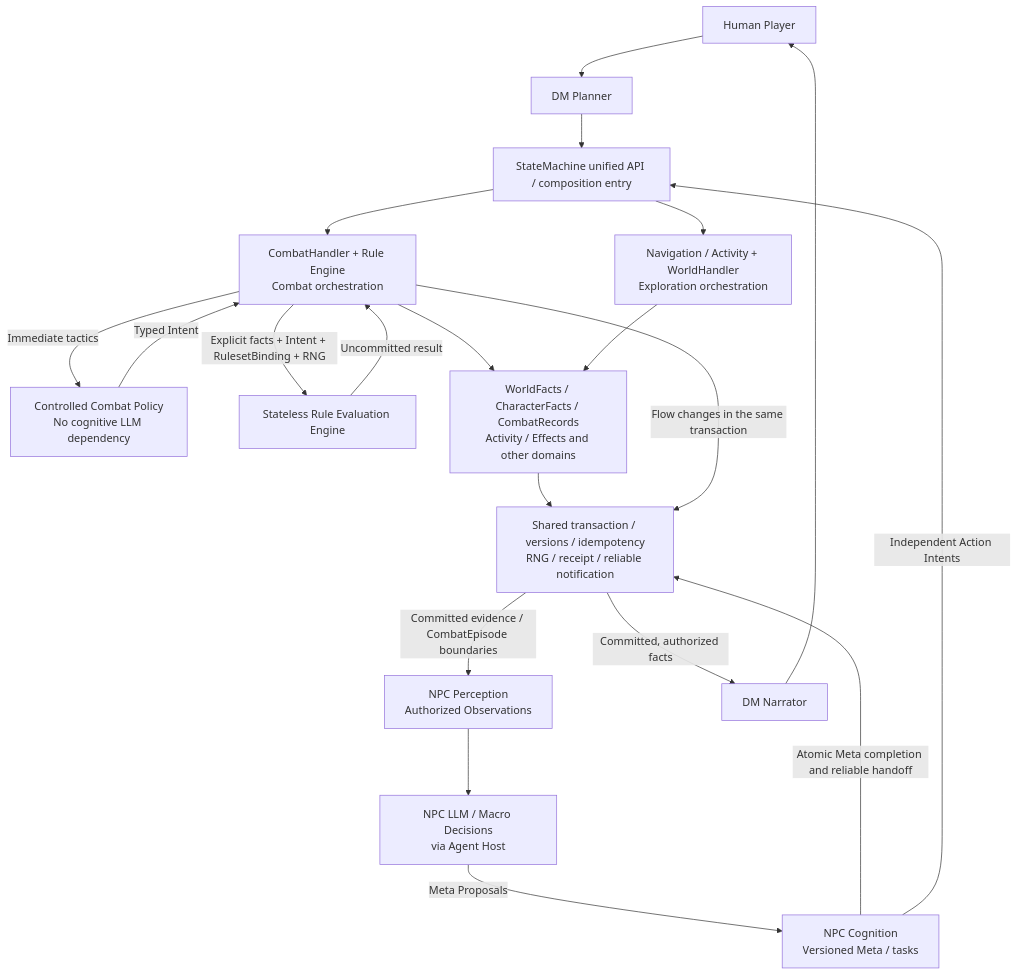
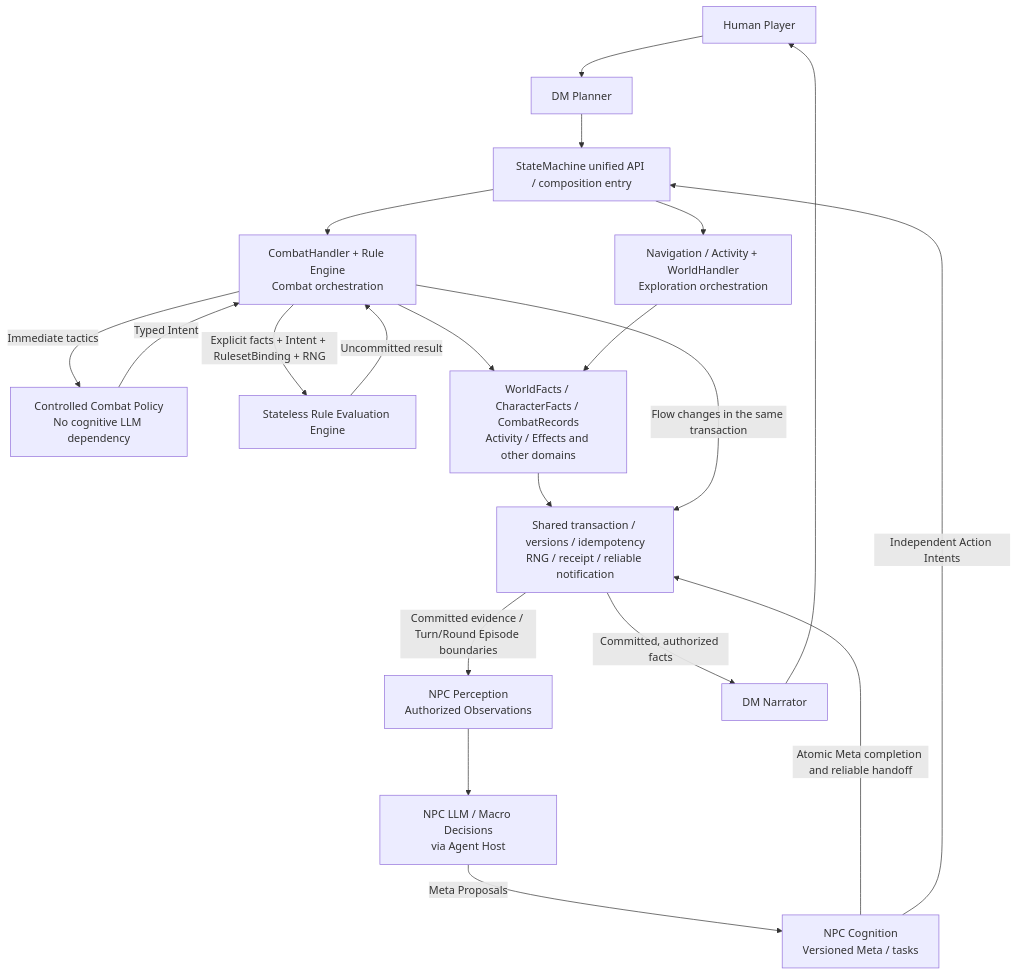
One commit to agentic-trpg/agentic-trpg changed the diagram in README.md. Above: the diagram before and after it, drawn with Mermaid. The commit also changed other lines of this file and 8 other files, not shown here.

Commit message:
docs: synchronize v0.4 architecture and cognition contracts

````diff
--- a/README.md
+++ b/README.md
@@ -27,22 +27,22 @@
 ```mermaid
 flowchart TD
     Player[Human Player] --> Planner[DM Planner]
     Planner --> Entry[StateMachine unified API / composition entry]
     Entry --> Explore[Navigation / Activity + WorldHandler<br/>Exploration orchestration]
     Entry --> Handler[CombatHandler + Rule Engine<br/>Combat orchestration]
     Handler -->|Immediate tactics| Policy[Controlled Combat Policy<br/>No cognitive LLM dependency]
     Policy -->|Typed Intent| Handler
     Handler -->|Explicit facts + Intent + RulesetBinding + RNG| RE[Stateless Rule Evaluation Engine]
     RE -->|Uncommitted result| Handler
     Handler --> Domains[WorldFacts / CharacterFacts / CombatRecords<br/>Activity / Effects and other domains]
     Explore --> Domains
     Domains --> Commit[Shared transaction / versions / idempotency<br/>RNG / receipt / reliable notification]
     Handler -->|Flow changes in the same transaction| Commit
-    Commit -->|Committed evidence / CombatEpisode boundaries| Perception[NPC Perception<br/>Authorized Observations]
+    Commit -->|Committed evidence / Turn/Round Episode boundaries| Perception[NPC Perception<br/>Authorized Observations]
     Perception --> NPC[NPC LLM / Macro Decisions<br/>via Agent Host]
     NPC -->|Meta Proposals| Cognition[NPC Cognition<br/>Versioned Meta / tasks]
     Cognition -->|Atomic Meta completion and reliable handoff| Commit
     Cognition -->|Independent Action Intents| Entry
     Commit -->|Committed, authorized facts| Narrator[DM Narrator]
     Narrator --> Player
 ```
````
